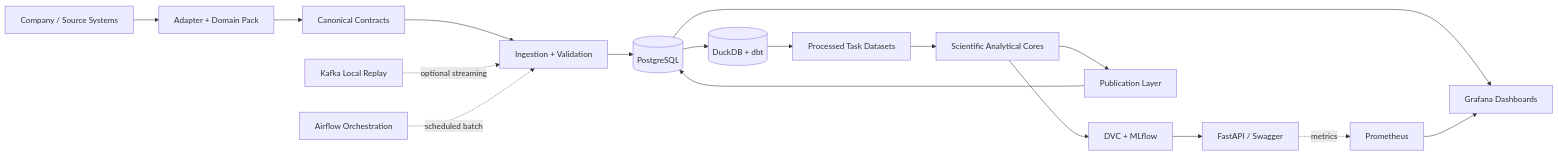
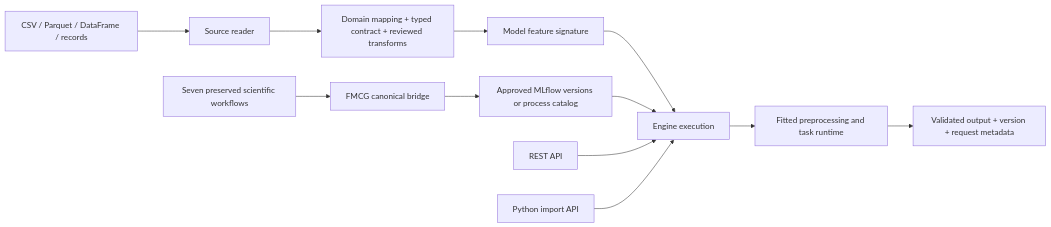
The diagram in README.md (Eclipse-XS/FMCG-Sales-Intelligence), drawn with Mermaid before and after one commit. The commit also changed other lines of this file and 13 other files, not shown here.

````diff
--- a/README.md
+++ b/README.md
@@ -23,19 +44,14 @@
 ```mermaid
 flowchart LR
-  A[Company / Source Systems] --> B[Adapter + Domain Pack]
-  B --> C[Canonical Contracts]
-  C --> D[Ingestion + Validation]
-  D --> E[(PostgreSQL)]
-  E --> F[(DuckDB + dbt)]
-  F --> G[Processed Task Datasets]
-  G --> H[Scientific Analytical Cores]
-  H --> I[DVC + MLflow]
-  I --> J[FastAPI / Swagger]
-  H --> P[Publication Layer]
-  P --> E
-  E --> O[Grafana Dashboards]
-  L[Kafka Local Replay] -. optional streaming .-> D
-  M[Airflow Orchestration] -. scheduled batch .-> D
-  J -. metrics .-> N[Prometheus]
-  N --> O
+  S[CSV / Parquet / DataFrame / records] --> A[Source reader]
+  A --> D[Domain mapping + typed contract + reviewed transforms]
+  D --> V[Model feature signature]
+  V --> E[Engine execution]
+  R[Approved MLflow versions or process catalog] --> E
+  E --> P[Fitted preprocessing and task runtime]
+  P --> O[Validated output + version + request metadata]
+  H[REST API] --> E
+  C[Python import API] --> E
+  F[FMCG canonical bridge] --> R
+  X[Seven preserved scientific workflows] --> F
 ```
````
